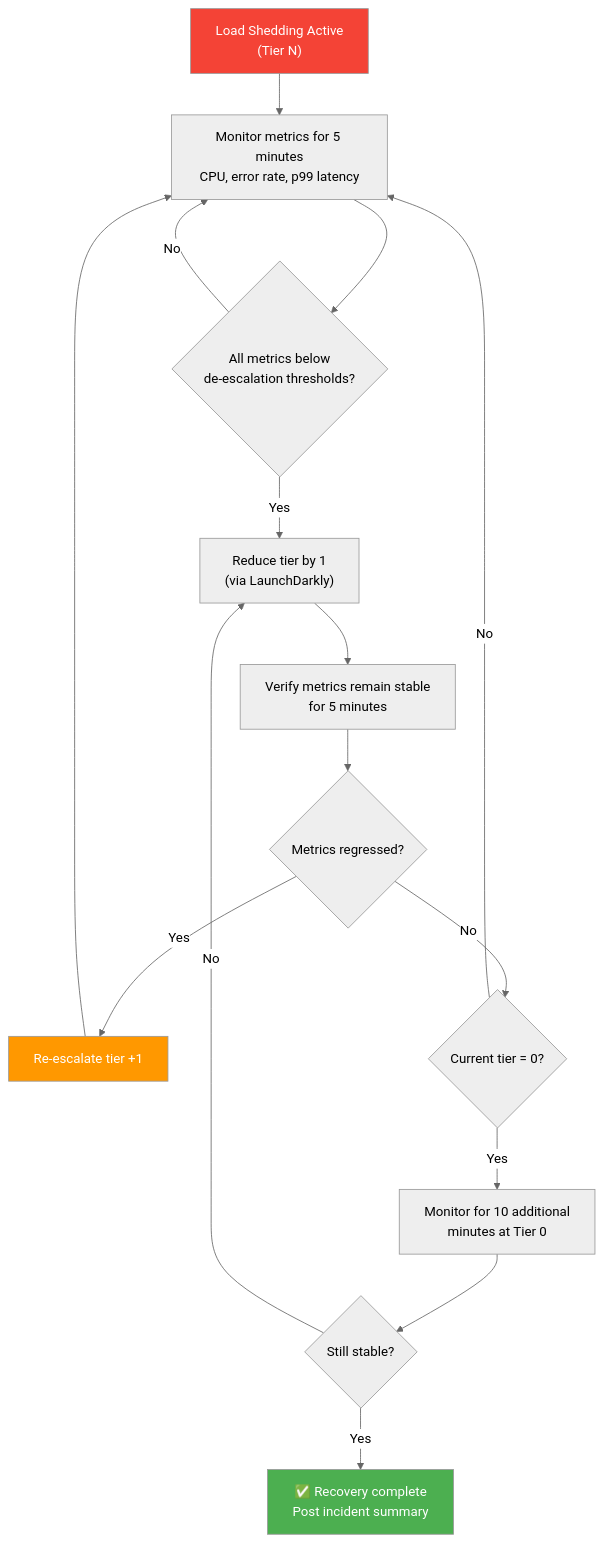
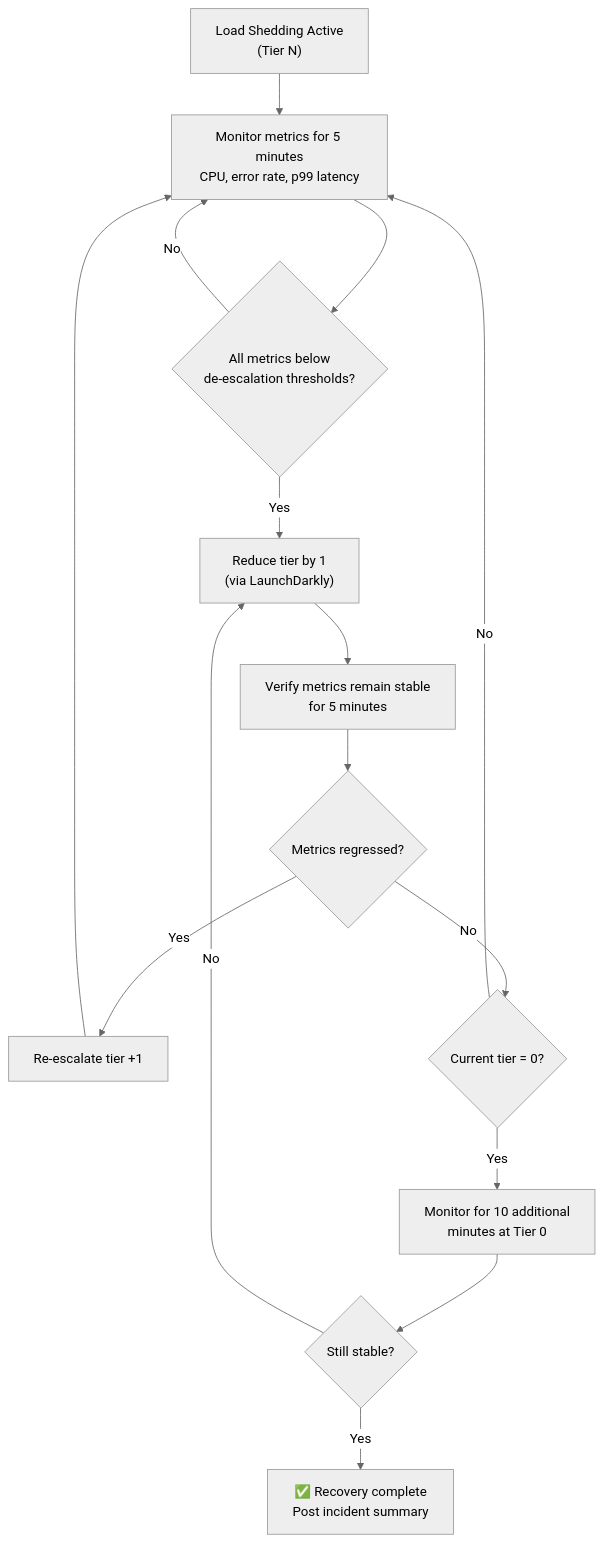
One commit to rishikeshdhokare/platform-manifesto changed the fourth of 4 diagrams in 05-operational-excellence/05-load-shedding.md. Above: the diagram before and after it, drawn with Mermaid (neutral theme). The commit also changed other lines of this file and 14 other files, not shown here.

First line of the commit message:
fix: remove mermaid style directives (119 lines across 15 files)

````diff
--- a/05-operational-excellence/05-load-shedding.md
+++ b/05-operational-excellence/05-load-shedding.md
@@ -569,21 +564,18 @@
 ```mermaid
 flowchart TD
     Start["Load Shedding Active<br/>(Tier N)"] --> Monitor["Monitor metrics for 5 minutes<br/>CPU, error rate, p99 latency"]
     Monitor --> Stable{"All metrics below<br/>de-escalation thresholds?"}
     Stable -->|No| Monitor
     Stable -->|Yes| Reduce["Reduce tier by 1<br/>(via LaunchDarkly)"]
     Reduce --> Verify["Verify metrics remain stable<br/>for 5 minutes"]
     Verify --> Regressed{"Metrics regressed?"}
     Regressed -->|Yes| Escalate["Re-escalate tier +1"]
     Escalate --> Monitor
     Regressed -->|No| ZeroCheck{"Current tier = 0?"}
     ZeroCheck -->|No| Monitor
     ZeroCheck -->|Yes| Extended["Monitor for 10 additional<br/>minutes at Tier 0"]
     Extended --> FinalCheck{"Still stable?"}
     FinalCheck -->|No| Reduce
     FinalCheck -->|Yes| Done["✅ Recovery complete<br/>Post incident summary"]
 
-    style Start fill:#F44336,color:#fff
-    style Done fill:#4CAF50,color:#fff
-    style Escalate fill:#FF9800,color:#fff
 ```
````
